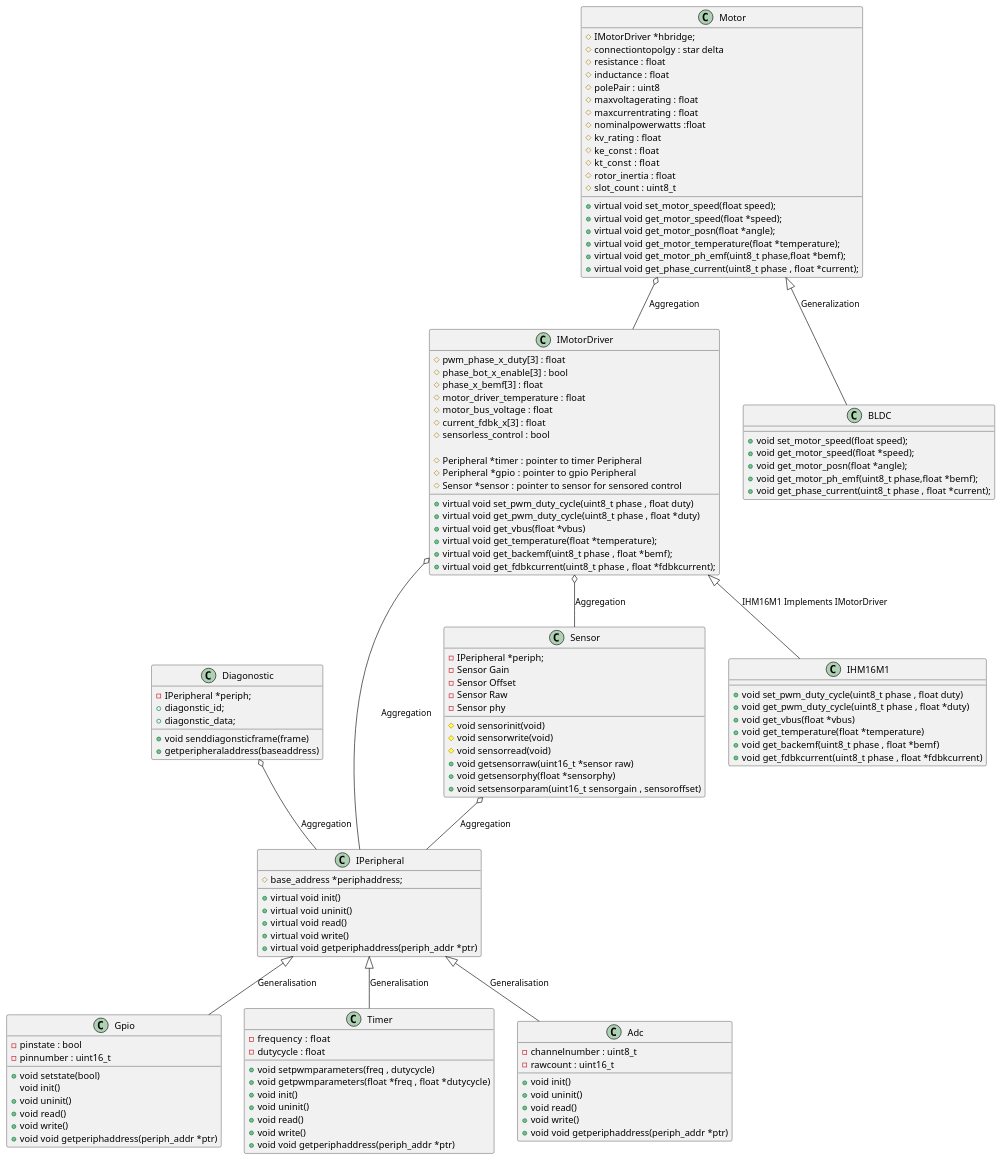
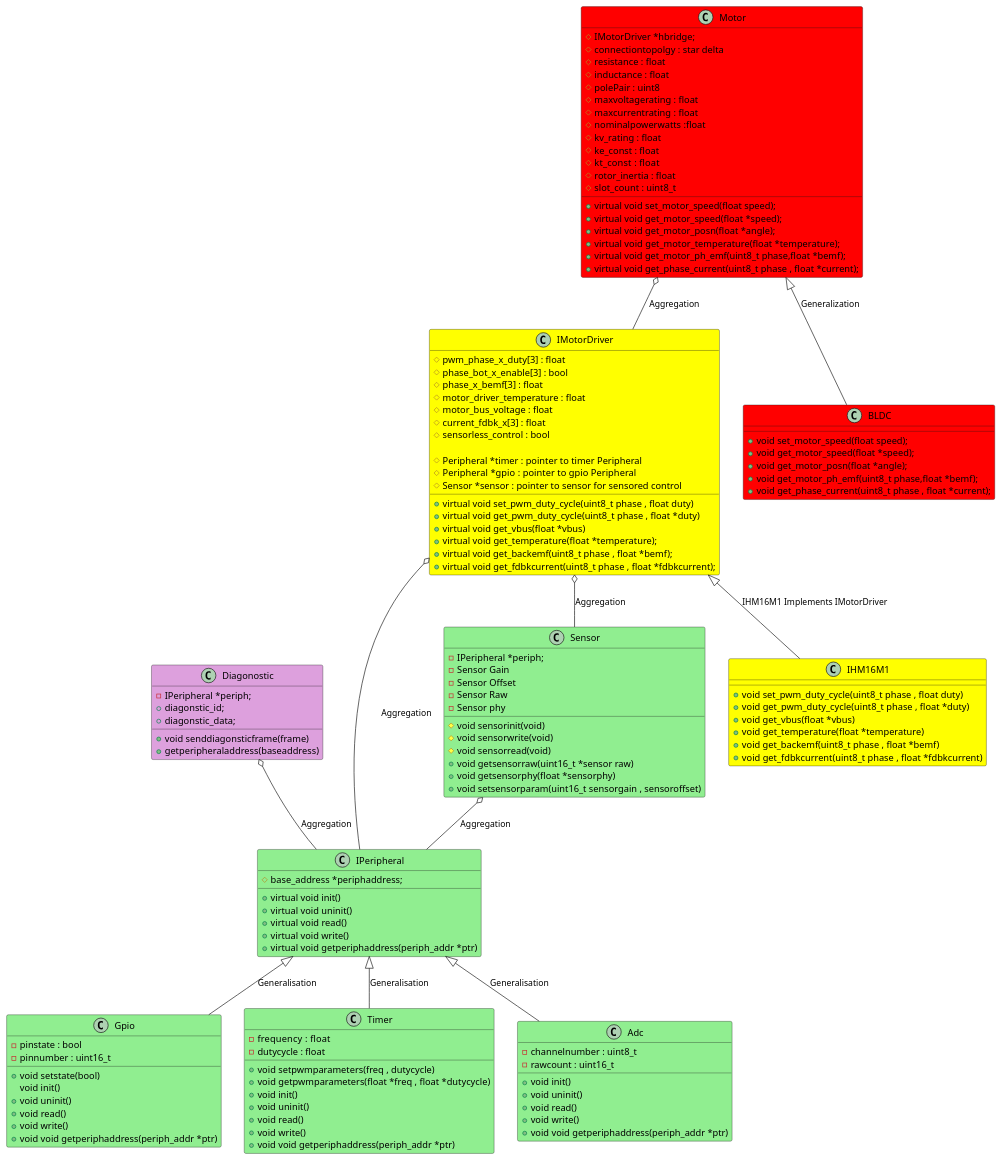
Before and after one commit to rkalyan95/motorcontrol_algorithm_qt_hmi_v0.0: the diagram in motorcontrol_v0.0/App/architecture.wsd, drawn with PlantUML. The commit also changed 3 other files, not shown here.

```diff
--- a/motorcontrol_v0.0/App/architecture.wsd
+++ b/motorcontrol_v0.0/App/architecture.wsd
@@ -1,174 +1,174 @@
 @startuml
 
 /' Things which can change 
 1. the controller can change 
 2. the motor driver ic can change
 3. the motor itself can change
 4. the sensors of temperature can change
 5. current sensors can change
 6. type of control can change sensored or sensorless
 7. most importantly the pins can change
 8. diagonstic telemtry interface can change , 
     uart to can or whatever lin maybe
 9. the peripherals used for different parameters 
    can also change ,adc to spi or something else
 10. clock and timing source can change
 '/
 
 
-class IMotorDriver
+class IMotorDriver #Yellow
 {
     #pwm_phase_x_duty[3] : float
     #phase_bot_x_enable[3] : bool
     #phase_x_bemf[3] : float
     #motor_driver_temperature : float
     #motor_bus_voltage : float
     #current_fdbk_x[3] : float
     #sensorless_control : bool
     
     #Peripheral *timer : pointer to timer Peripheral
     #Peripheral *gpio :  pointer to gpio Peripheral
     #Sensor *sensor : pointer to sensor for sensored control
 
     +virtual void set_pwm_duty_cycle(uint8_t phase , float duty)
     +virtual void get_pwm_duty_cycle(uint8_t phase , float *duty)
     +virtual void get_vbus(float *vbus)
     +virtual void get_temperature(float *temperature);
     +virtual void get_backemf(uint8_t phase , float *bemf);
     +virtual void get_fdbkcurrent(uint8_t phase , float *fdbkcurrent);
 }
 
 IMotorDriver o-- IPeripheral : Aggregation
 IMotorDriver o-- Sensor : Aggregation
 
-class IHM16M1 
+class IHM16M1 #Yellow
 {
     +void set_pwm_duty_cycle(uint8_t phase , float duty)
     +void get_pwm_duty_cycle(uint8_t phase , float *duty)
     +void get_vbus(float *vbus)
     +void get_temperature(float *temperature)
     +void get_backemf(uint8_t phase , float *bemf)
     +void get_fdbkcurrent(uint8_t phase , float *fdbkcurrent)
 }
 
 IMotorDriver <|-- IHM16M1 : IHM16M1 Implements IMotorDriver
 
 
-class Motor 
+class Motor #Red
 {
     #IMotorDriver *hbridge;
     #connectiontopolgy : star delta
     #resistance : float
     #inductance : float
     #polePair : uint8
     #maxvoltagerating : float
     #maxcurrentrating : float
     #nominalpowerwatts :float
     #kv_rating : float
     #ke_const : float
     #kt_const  : float
     #rotor_inertia : float
     #slot_count : uint8_t
     +virtual void set_motor_speed(float speed);
     +virtual void get_motor_speed(float *speed);
     +virtual void get_motor_posn(float *angle);
     +virtual void get_motor_temperature(float *temperature);
     +virtual void get_motor_ph_emf(uint8_t phase,float *bemf);
     +virtual void get_phase_current(uint8_t phase , float *current);
 }
 
 
-class BLDC
+class BLDC #Red
 {
     +void set_motor_speed(float speed);
     +void get_motor_speed(float *speed);
     +void get_motor_posn(float *angle);
     +void get_motor_ph_emf(uint8_t phase,float *bemf);
     +void get_phase_current(uint8_t phase , float *current);
 }
 
 
 Motor o-- IMotorDriver : Aggregation
 Motor <|-- BLDC : Generalization
 
-class Sensor
+class Sensor #LightGreen
 {
     -IPeripheral *periph;
     -Sensor Gain
     -Sensor Offset
     -Sensor Raw
     -Sensor phy
      
     #void sensorinit(void)
     #void sensorwrite(void)
     #void sensorread(void)
     +void getsensorraw(uint16_t *sensor raw)
     +void getsensorphy(float *sensorphy)
     +void setsensorparam(uint16_t sensorgain , sensoroffset)
 }
 
 Sensor o-- IPeripheral : Aggregation
 
-class Diagonostic 
+class Diagonostic #DDA0DD
 {
     -IPeripheral *periph;
     +diagonstic_id;
     +diagonstic_data;
 
     +void senddiagonsticframe(frame)
     +getperipheraladdress(baseaddress)
 }
 
 Diagonostic o-- IPeripheral : Aggregation
 
-class IPeripheral 
+class IPeripheral #LightGreen
 {
        #base_address *periphaddress;
        +virtual void init()
        +virtual void uninit()
        +virtual void read()
        +virtual void write()
        +virtual void getperiphaddress(periph_addr *ptr)
 }
 
-class Gpio 
+class Gpio #LightGreen
 {
        -pinstate : bool
        -pinnumber : uint16_t
        +void setstate(bool)
        void init()
        +void uninit()
        +void read()
        +void write()
        +void void getperiphaddress(periph_addr *ptr)
 }
 
-class Timer
+class Timer #LightGreen
 {
        -frequency :  float
        -dutycycle : float
        +void setpwmparameters(freq , dutycycle)
        +void getpwmparameters(float *freq , float *dutycycle)
        +void init()
        +void uninit()
        +void read()
        +void write()
        +void void getperiphaddress(periph_addr *ptr)
 }
 
-class Adc
+class Adc #LightGreen
 {
        -channelnumber : uint8_t
        -rawcount : uint16_t
        +void init()
        +void uninit()
        +void read()
        +void write()
        +void void getperiphaddress(periph_addr *ptr)
 }
 
 IPeripheral <|-- Gpio : Generalisation
 IPeripheral <|-- Timer : Generalisation
 IPeripheral <|-- Adc : Generalisation
 
 @enduml
```
